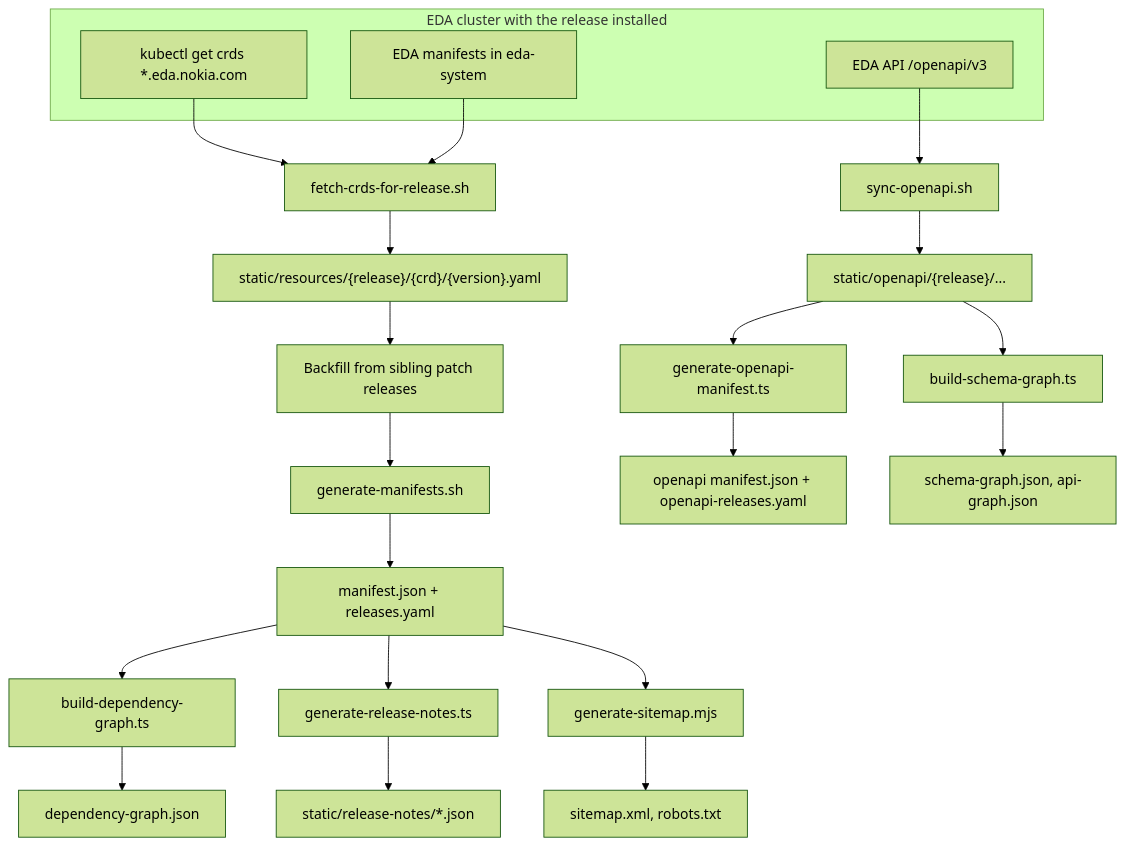
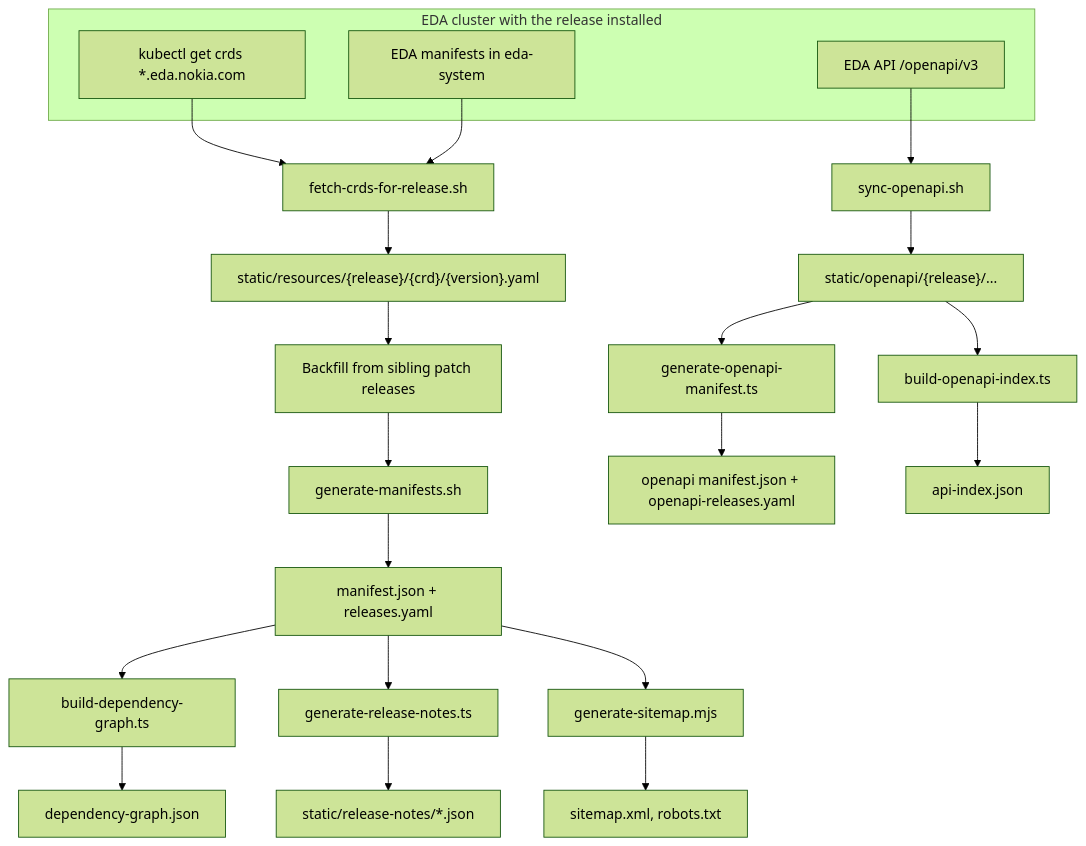
Before and after one commit to fullstopdev/resource-browser: the diagram in src/lib/docs/pages/data-pipeline.md, drawn with Mermaid (forest theme). The commit also changed other lines of this file and 673 other files, not shown here.

First line of the commit message:
Redesign the API reference around resources and actions; remove the schema graph.

````diff
--- a/src/lib/docs/pages/data-pipeline.md
+++ b/src/lib/docs/pages/data-pipeline.md
@@ -14,29 +14,29 @@
 ```mermaid
 flowchart TB
   subgraph Cluster["EDA cluster with the release installed"]
     CRD["kubectl get crds *.eda.nokia.com"]
     MAN["EDA manifests in eda-system"]
     OAPI["EDA API /openapi/v3"]
   end
 
   CRD --> FETCH["fetch-crds-for-release.sh"]
   MAN --> FETCH
   FETCH --> YAML["static/resources/{release}/{crd}/{version}.yaml"]
   YAML --> BACK["Backfill from sibling patch releases"]
   BACK --> GEN["generate-manifests.sh"]
   GEN --> MJ["manifest.json + releases.yaml"]
   MJ --> DG["build-dependency-graph.ts"]
   DG --> DGJ["dependency-graph.json"]
   MJ --> RN["generate-release-notes.ts"]
   RN --> RNJ["static/release-notes/*.json"]
 
   OAPI --> SYNC["sync-openapi.sh"]
   SYNC --> SPECS["static/openapi/{release}/..."]
   SPECS --> OM["generate-openapi-manifest.ts"]
   OM --> OMJ["openapi manifest.json + openapi-releases.yaml"]
-  SPECS --> SG["build-schema-graph.ts"]
-  SG --> SGJ["schema-graph.json, api-graph.json"]
+  SPECS --> IDX["build-openapi-index.ts"]
+  IDX --> IDXJ["api-index.json"]
 
   MJ --> SM["generate-sitemap.mjs"]
   SM --> SMX["sitemap.xml, robots.txt"]
 ```
````
